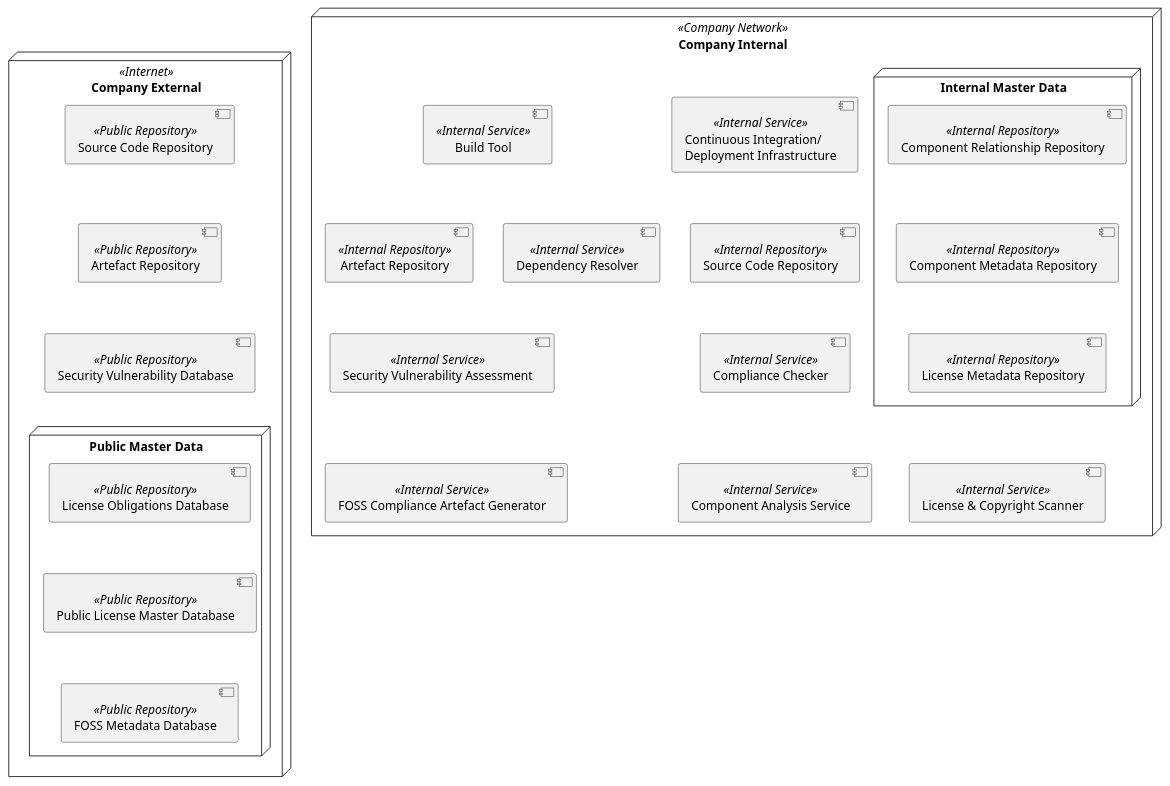
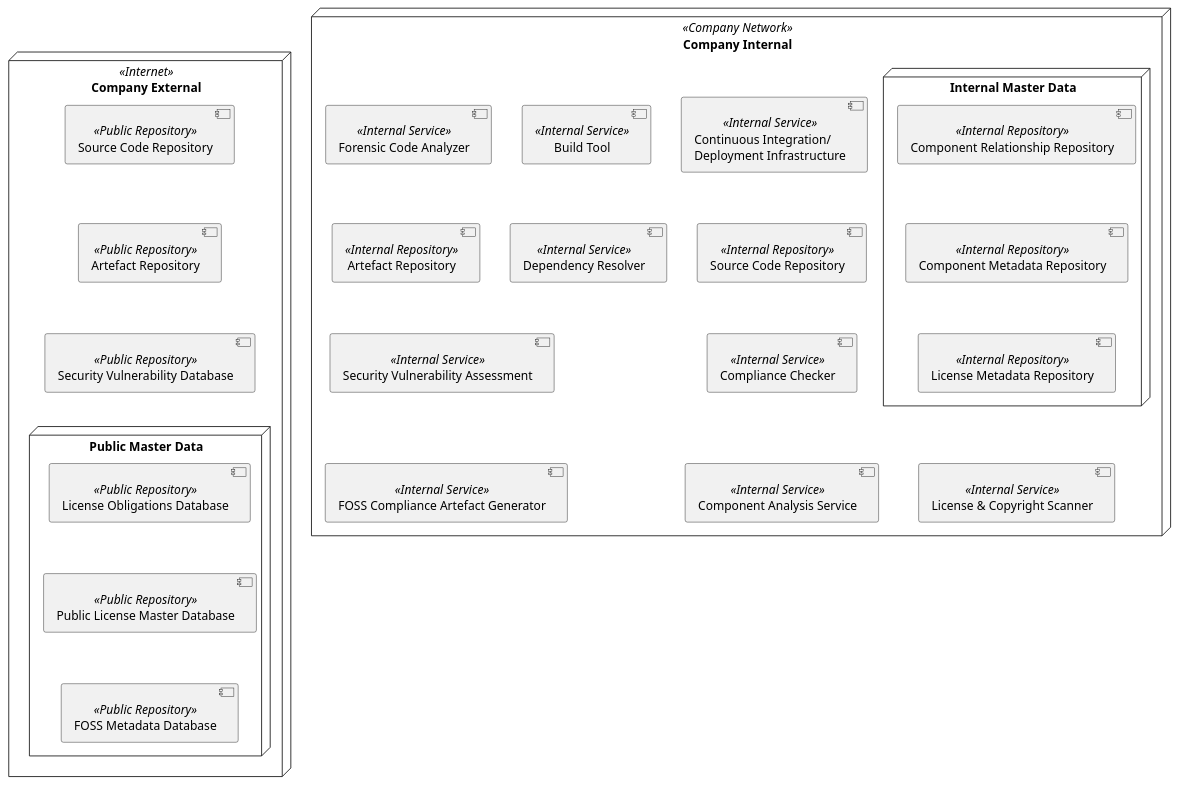
Before and after one commit to Open-Source-Compliance/Sharing-creates-value: the diagram in Tooling-Landscape/Unanimous-Understanding/OSS_Tooling_Landscape_UMLComp.plantuml, drawn with PlantUML. The commit also changed 1 other file, not shown here.

Commit message:
Added Forensic Code Analyzer

```diff
--- a/Tooling-Landscape/Unanimous-Understanding/OSS_Tooling_Landscape_UMLComp.plantuml
+++ b/Tooling-Landscape/Unanimous-Understanding/OSS_Tooling_Landscape_UMLComp.plantuml
@@ -1,97 +1,99 @@
-@startuml
+@startuml OSS_Tooling_Component_Diagram
 
 '
 ' SPDX-License-Identifier: CC-BY-SA-4.0
 '
 ' Showing the tooling landscape as UML deployement diagram
 ' This is meant to be a big picture, not listing all details
 '
 
 '
 ' Elements: What is public in the Internet
 '
 
 skinparam componentStyle uml2
 
 node "Company External" <<Internet>> {
 
     component [Source Code Repository] as publicsource <<Public Repository>> 
 
     component [Artefact Repository] as publicartefacts <<Public Repository>>
 
     component [Security Vulnerability Database] as publicvulnerabilities <<Public Repository>> 
 
     node "Public Master Data" {
 
         component [License Obligations Database] as publicobligations <<Public Repository>> 
 
         component [Public License Master Database] as publiclicenses <<Public Repository>> 
 
         component [FOSS Metadata Database] as publicmetadata <<Public Repository>> 
 
     }
 
 }
 
 '
 ' Elements: What is inside organisation or comapny
 '
 
 node "Company Internal" <<Company Network>> {
 
     component [Continuous Integration/\nDeployment Infrastructure] as cicd <<Internal Service>>
 
     component [Build Tool] as buildsystem <<Internal Service>>
 
     component [Source Code Repository] as internalsource <<Internal Repository>> 
 
     component [Artefact Repository] as internalartefacts <<Internal Repository>> 
 
     component [Compliance Checker] as compliancechecker <<Internal Service>>
 
     component [Dependency Resolver] as dependencyresolver <<Internal Service>>
 
     component [FOSS Compliance Artefact Generator] as fossartefactgenerator <<Internal Service>>
 
     component [Component Analysis Service] as componentanalysis <<Internal Service>>
 
     component [License & Copyright Scanner] as licensescanner <<Internal Service>>
 
     component [Security Vulnerability Assessment] as securityassessment <<Internal Service>>
 
+    component [Forensic Code Analyzer] as forensiccodeanalyzer <<Internal Service>>
+
     node "Internal Master Data" {
 
         component [Component Relationship Repository] as componentrelationships <<Internal Repository>>
 
         component [Component Metadata Repository] as componentmetadata <<Internal Repository>> 
 
         component [License Metadata Repository] as licenses <<Internal Repository>> 
 
     }
 
 }
 
 ' 
 ' hidden relations to force layout ...
 ' 
 
 publicsource -[hidden]-> publicartefacts
 publicartefacts -[hidden]-> publicvulnerabilities
 publicvulnerabilities -[hidden]-> publicobligations
 
 publicobligations -[hidden]-> publiclicenses
 publiclicenses -[hidden]-> publicmetadata
 
 cicd -[hidden]-> internalsource
 buildsystem -[hidden]-> internalartefacts
 buildsystem -[hidden]-> dependencyresolver
 internalsource -[hidden]-> compliancechecker
 internalartefacts -[hidden]-> securityassessment
 compliancechecker -[hidden]-> componentanalysis
 securityassessment -[hidden]-> fossartefactgenerator
 licenses -[hidden]-> licensescanner
 
 componentrelationships -[hidden]-> componentmetadata
 componentmetadata -[hidden]-> licenses
 
 @enduml
```
